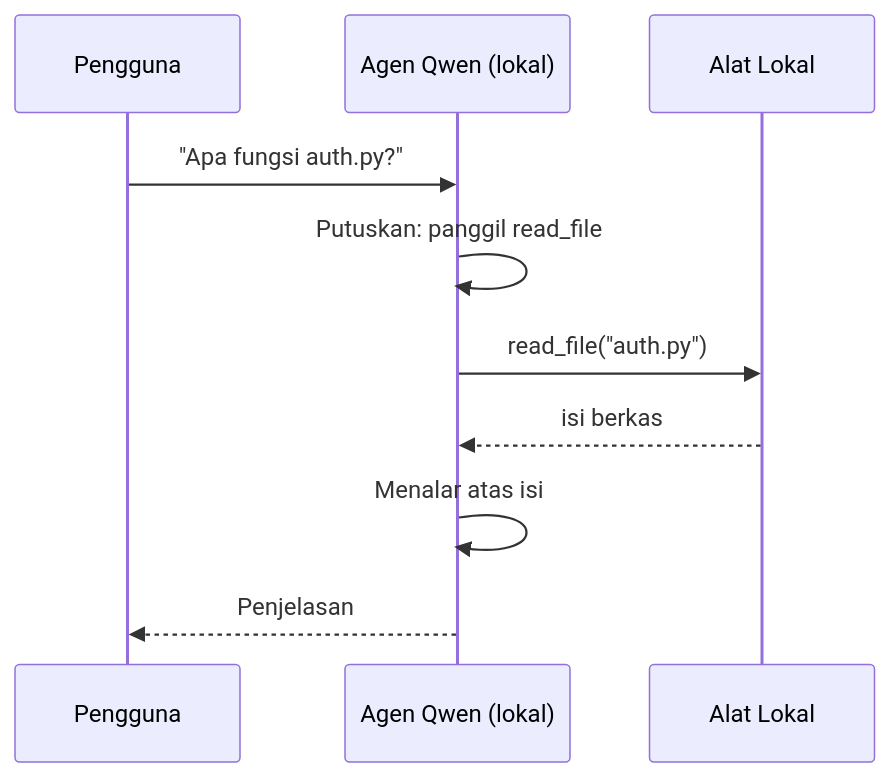
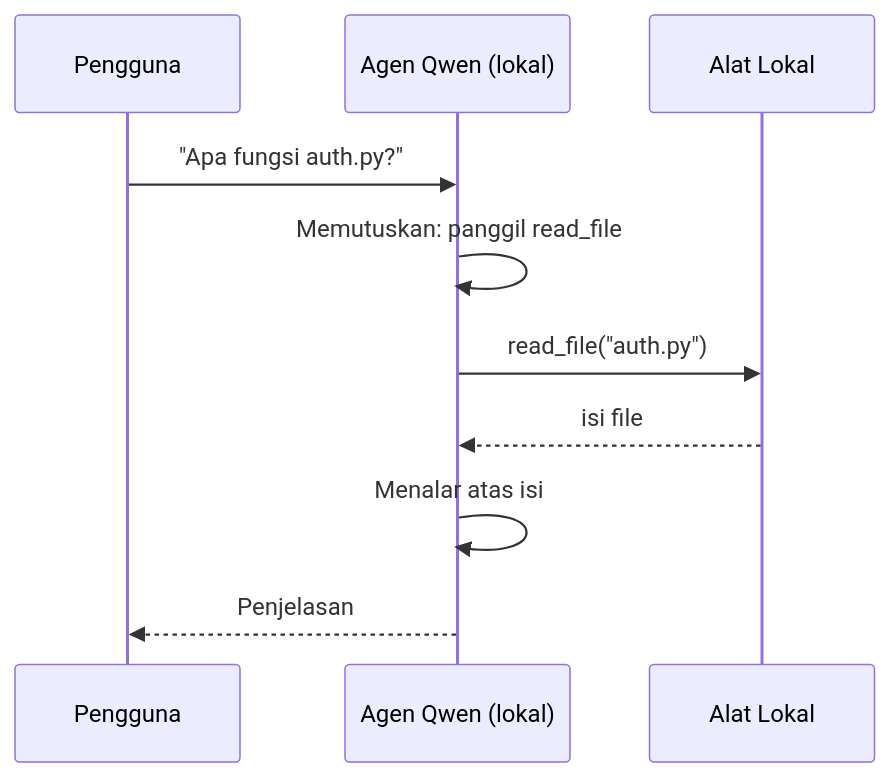
The second of 4 diagrams in translations/id/17-creating-local-ai-agents/README.md (microsoft/ai-agents-for-beginners), drawn with Mermaid before and after one commit. The commit also changed other lines of this file and 46 other files, not shown here.

````diff
--- a/translations/id/17-creating-local-ai-agents/README.md
+++ b/translations/id/17-creating-local-ai-agents/README.md
@@ -106,12 +106,12 @@
 ```mermaid
 sequenceDiagram
     participant U as Pengguna
     participant A as Agen Qwen (lokal)
     participant T as Alat Lokal
     U->>A: "Apa fungsi auth.py?"
-    A->>A: Putuskan: panggil read_file
+    A->>A: Memutuskan: panggil read_file
     A->>T: read_file("auth.py")
-    T-->>A: isi berkas
+    T-->>A: isi file
     A->>A: Menalar atas isi
     A-->>U: Penjelasan
 ```
````
